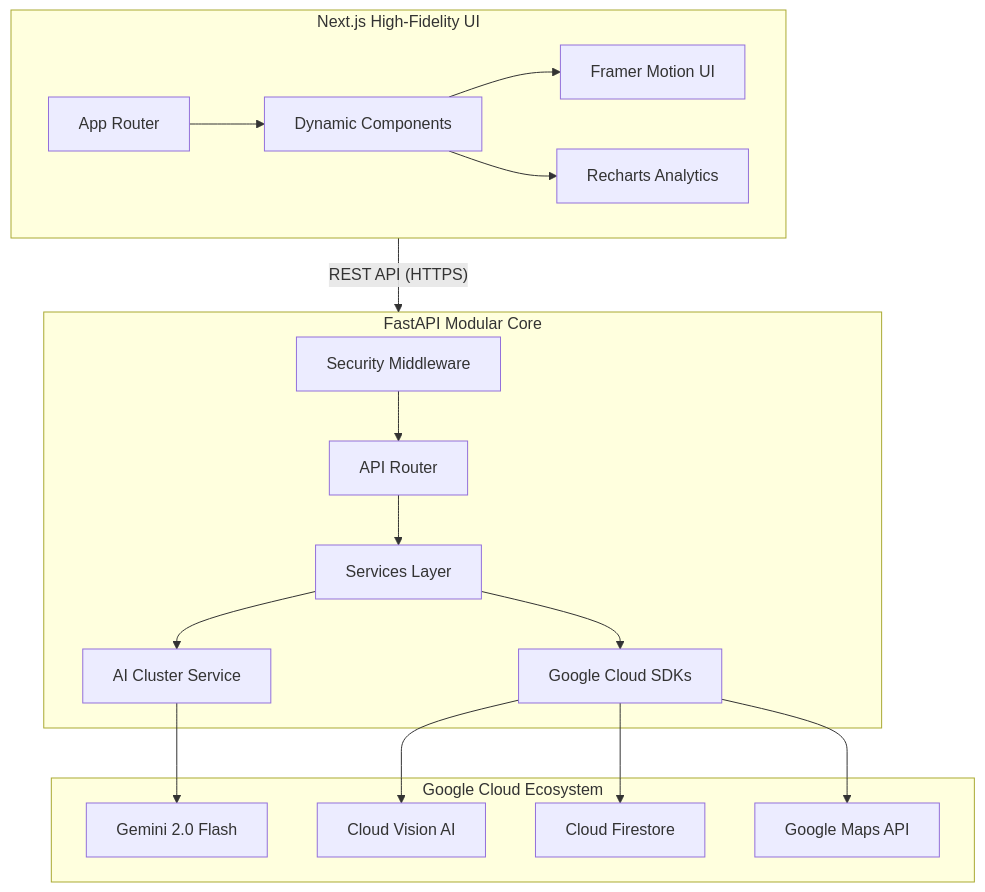
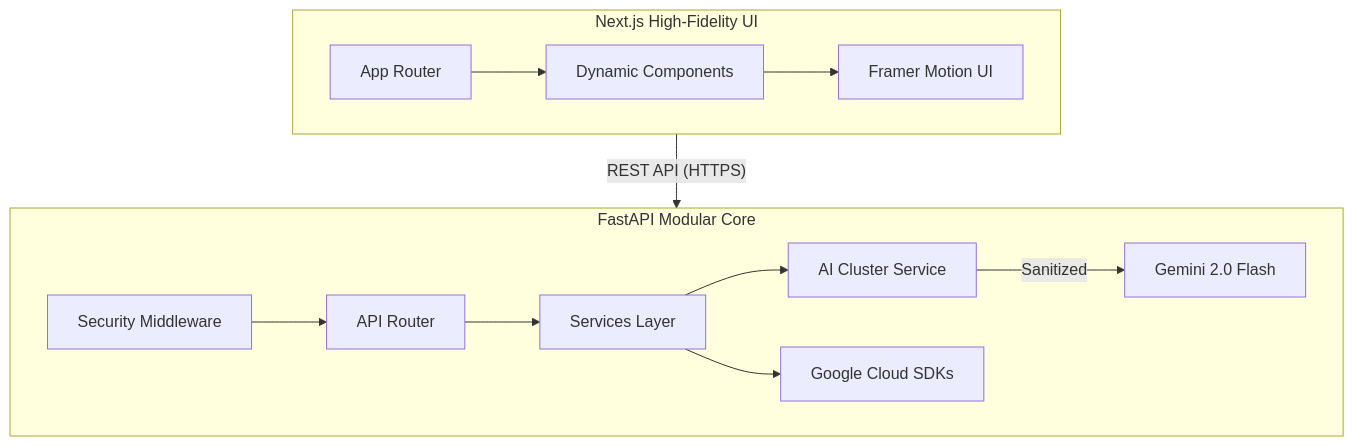
Before and after one commit to adityakarri12-sketch/Election-Education: the diagram in README.md, drawn with Mermaid. The commit also changed other lines of this file and 67 other files, not shown here.

````diff
--- a/README.md
+++ b/README.md
@@ -73,24 +42,17 @@
 ```mermaid
 graph TD
     subgraph Frontend [Next.js High-Fidelity UI]
         A[App Router] --> B[Dynamic Components]
         B --> C[Framer Motion UI]
-        B --> D[Recharts Analytics]
     end
 
     subgraph Backend [FastAPI Modular Core]
         E[Security Middleware] --> F[API Router]
         F --> G[Services Layer]
         G --> H[AI Cluster Service]
         G --> I[Google Cloud SDKs]
-    end
-
-    subgraph Intelligence [Google Cloud Ecosystem]
-        H --> J[Gemini 2.0 Flash]
-        I --> K[Cloud Vision AI]
-        I --> L[Cloud Firestore]
-        I --> M[Google Maps API]
+        H -- Sanitized --> J[Gemini 2.0 Flash]
     end
 
     Frontend -- REST API (HTTPS) --> Backend
 ```
````
